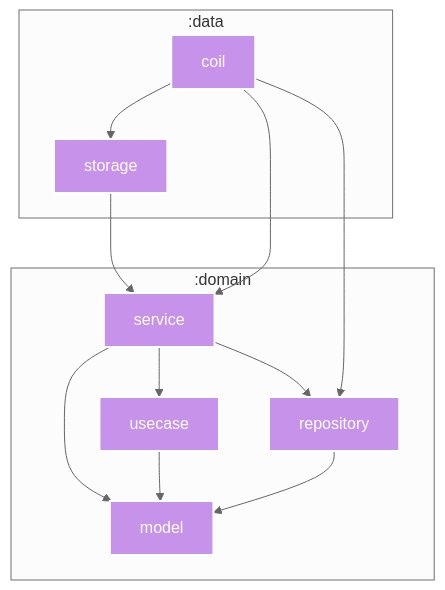
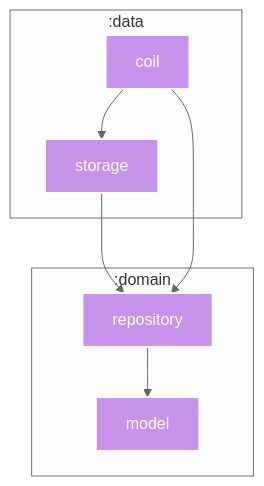
Before and after one commit to SorrowBlue/ComicViewer: the diagram in data/coil/README.md, drawn with Mermaid. The commit also changed 151 other files, not shown here.

````diff
--- a/data/coil/README.md
+++ b/data/coil/README.md
@@ -5,43 +5,32 @@
 ```mermaid
 %%{
   init: {
     'theme': 'neutral'
   }
 }%%
 
 graph TB
   subgraph :data
     :data:storage["storage"]
     :data:coil["coil"]
     :data:storage["storage"]
   end
   subgraph :domain
-    :domain:service["service"]
-    :domain:service["service"]
+    :domain:repository["repository"]
+    :domain:repository["repository"]
+    :domain:repository["repository"]
     :domain:model["model"]
-    :domain:repository["repository"]
-    :domain:usecase["usecase"]
-    :domain:usecase["usecase"]
-    :domain:service["service"]
-    :domain:repository["repository"]
   end
 
-  :data:storage --> :domain:service
-  :domain:service --> :domain:model
-  :domain:service --> :domain:repository
-  :domain:service --> :domain:usecase
-  :domain:usecase --> :domain:model
+  :data:storage --> :domain:repository
   :data:coil --> :domain:repository
-  :data:coil --> :domain:service
   :data:coil --> :data:storage
   :domain:repository --> :domain:model
 
 classDef kotlin-multiplatform fill:#C792EA,stroke:#fff,stroke-width:2px,color:#fff;
 class :data:storage kotlin-multiplatform
-class :domain:service kotlin-multiplatform
+class :domain:repository kotlin-multiplatform
+class :data:coil kotlin-multiplatform
 class :domain:model kotlin-multiplatform
-class :domain:repository kotlin-multiplatform
-class :domain:usecase kotlin-multiplatform
-class :data:coil kotlin-multiplatform
 
 ```
````
